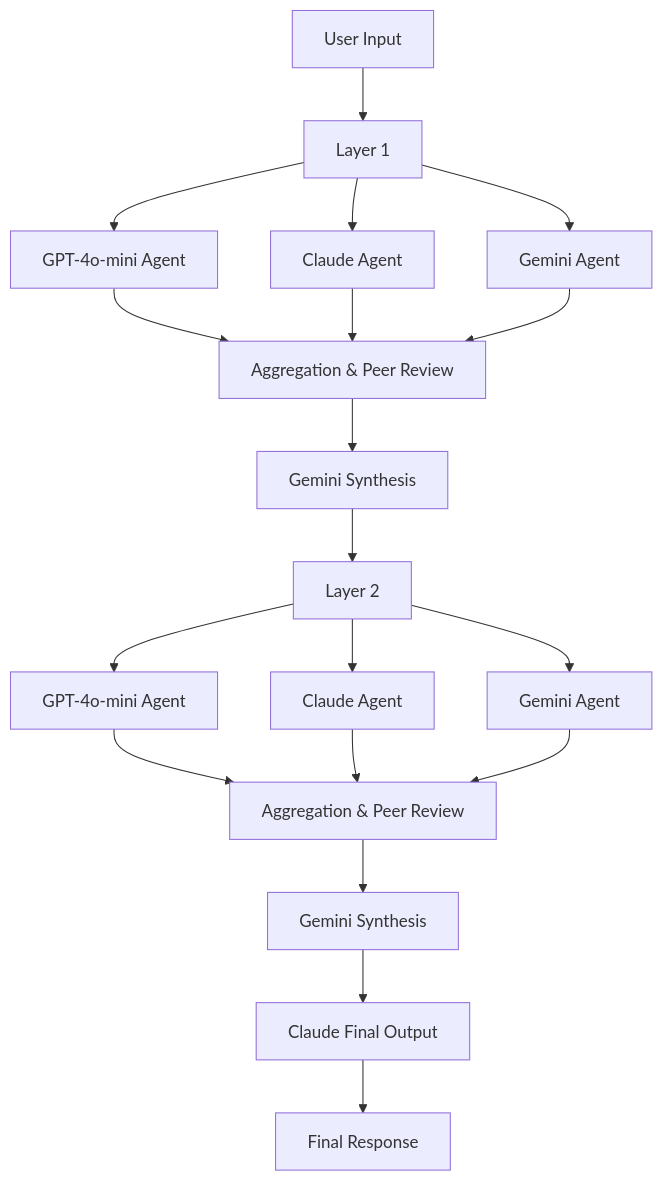
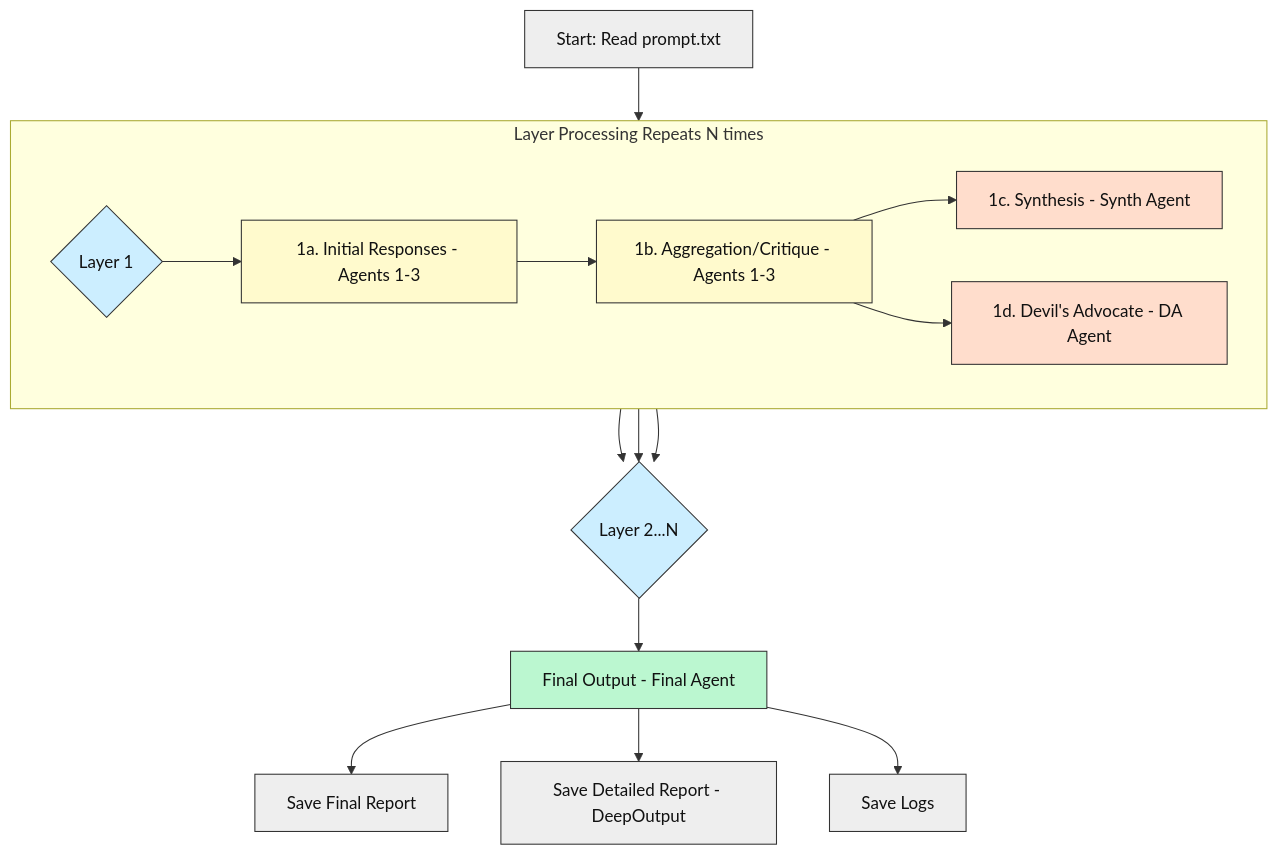
Before and after one commit to Mindrocket42/MOA-DeepOutputs: the first of 2 diagrams in README.md, drawn with Mermaid. The commit also changed other lines of this file and 9 other files, not shown here.

First line of the commit message:
docs: Overhaul README for clarity and DeepOutput focus

````diff
--- a/README.md
+++ b/README.md
@@ -43,21 +183,107 @@
 ```mermaid
-graph TD
-    A[User Input] --> B[Layer 1]
-    B --> C[GPT-4o-mini Agent]
-    B --> D[Claude Agent]
-    B --> E[Gemini Agent]
-    C --> F[Aggregation & Peer Review]
-    D --> F
-    E --> F
-    F --> G[Gemini Synthesis]
-    G --> H[Layer 2]
-    H --> I[GPT-4o-mini Agent]
-    H --> J[Claude Agent]
-    H --> K[Gemini Agent]
-    I --> L[Aggregation & Peer Review]
-    J --> L
-    K --> L
-    L --> M[Gemini Synthesis]
-    M --> N[Claude Final Output]
-    N --> O[Final Response]
+flowchart TD
+
+  
+
+    A[Start: Read prompt.txt] --> B{Layer 1};
+
+  
+
+    subgraph Layer Processing Repeats N times
+
+  
+
+        direction LR
+
+  
+
+        B --> C[1a. Initial Responses - Agents 1-3];
+
+  
+
+        C --> D[1b. Aggregation/Critique - Agents 1-3];
+
+  
+
+        D --> E[1c. Synthesis - Synth Agent];
+
+  
+
+        D --> F[1d. Devil's Advocate - DA Agent];
+
+  
+
+    end
+
+  
+
+    B --> G{Layer 2...N};
+
+  
+
+    E --> G;
+
+  
+
+    F --> G;
+
+  
+
+    G --> H[Final Output - Final Agent];
+
+  
+
+    H --> I[Save Final Report];
+
+  
+
+    H --> J[Save Detailed Report - DeepOutput];
+
+  
+
+    H --> K[Save Logs];
+
+  
+
+    style A fill:#eeeeee,stroke:#333333,color:#111111
+
+  
+
+    style B fill:#cceeff,stroke:#333333,color:#111111
+
+  
+
+    style G fill:#cceeff,stroke:#333333,color:#111111
+
+  
+
+    style C fill:#fffacd,stroke:#333333,color:#111111
+
+  
+
+    style D fill:#fffacd,stroke:#333333,color:#111111
+
+  
+
+    style E fill:#ffddcc,stroke:#333333,color:#111111
+
+  
+
+    style F fill:#ffddcc,stroke:#333333,color:#111111
+
+  
+
+    style H fill:#bbf7d0,stroke:#333333,color:#111111
+
+  
+
+    style I fill:#eeeeee,stroke:#333333,color:#111111
+
+  
+
+    style J fill:#eeeeee,stroke:#333333,color:#111111
+
+  
+
+    style K fill:#eeeeee,stroke:#333333,color:#111111
 ```
````
